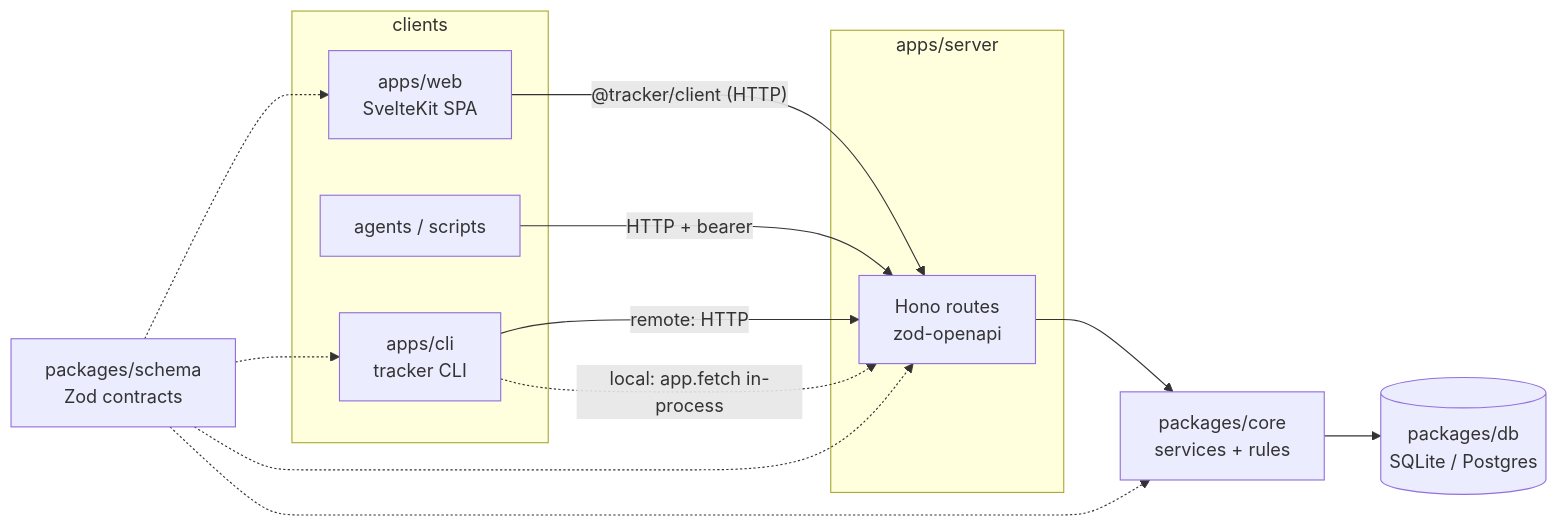
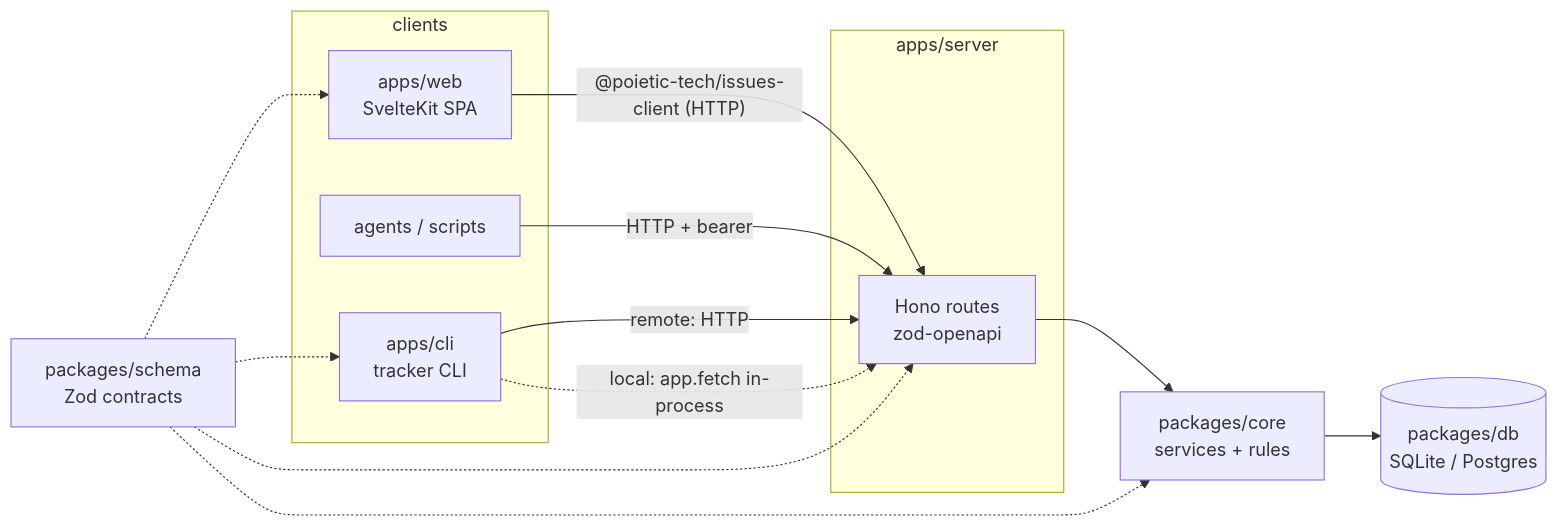
The diagram in docs/architecture.md (benjamin-small/issue-tracker), drawn with Mermaid before and after one commit. The commit also changed 92 other files, not shown here.

Commit message:
rename: workspace packages to @poietic-tech/issues-*

````diff
--- a/docs/architecture.md
+++ b/docs/architecture.md
@@ -3,21 +3,21 @@
 ```mermaid
 flowchart LR
   subgraph clients
     web[apps/web<br/>SvelteKit SPA]
     cli[apps/cli<br/>tracker CLI]
     ext[agents / scripts]
   end
   subgraph server[apps/server]
     http[Hono routes<br/>zod-openapi]
   end
   core[packages/core<br/>services + rules]
   db[(packages/db<br/>SQLite / Postgres)]
   schema[packages/schema<br/>Zod contracts]
 
-  web -- "@tracker/client (HTTP)" --> http
+  web -- "@poietic-tech/issues-client (HTTP)" --> http
   ext -- HTTP + bearer --> http
   cli -- "remote: HTTP" --> http
   cli -. "local: app.fetch in-process" .-> http
   http --> core --> db
   schema -.-> web & cli & http & core
 ```
````
